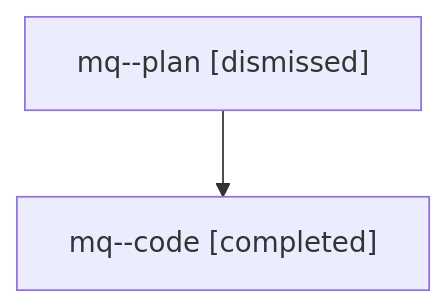
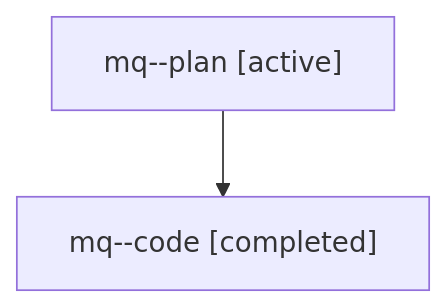
The diagram in families/bbugyi200.athena.mq.md (sase-org/sase--agents), drawn with Mermaid before and after one commit. The commit also changed other lines of this file and 5813 other files, not shown here.

````diff
--- a/families/bbugyi200.athena.mq.md
+++ b/families/bbugyi200.athena.mq.md
@@ -9,6 +9,6 @@
 ```mermaid
 flowchart TD
-  n0["mq--plan [dismissed]"]
+  n0["mq--plan [active]"]
   n1["mq--code [completed]"]
   n0 --> n1
 ```
````
